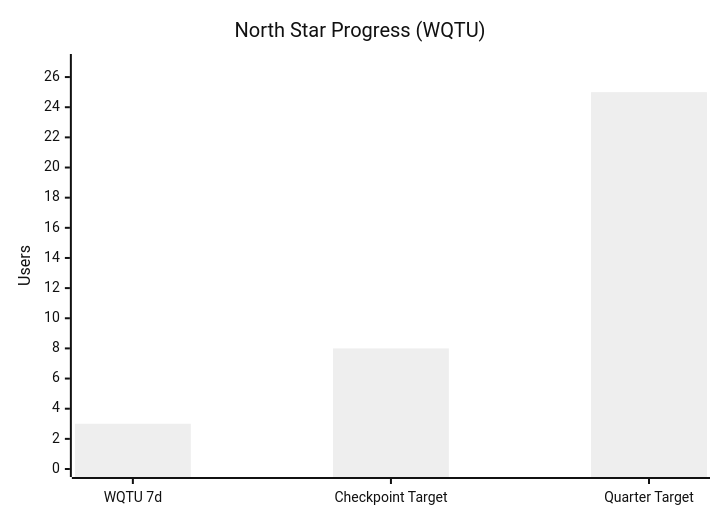
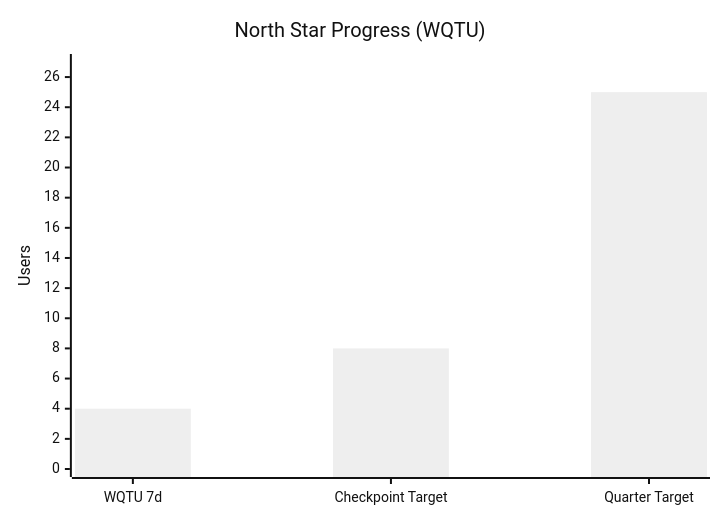
Before and after one commit to IgorGanapolsky/SuperPassword: the second of 4 diagrams in wiki/Paid-Acquisition.md, drawn with Mermaid (neutral theme). The commit also changed other lines of this file and 10 other files, not shown here.

````diff
--- a/wiki/Paid-Acquisition.md
+++ b/wiki/Paid-Acquisition.md
@@ -50,7 +50,7 @@
 ```mermaid
 xychart-beta
     title "North Star Progress (WQTU)"
     x-axis ["WQTU 7d" , "Checkpoint Target" , "Quarter Target"]
     y-axis "Users" 0 --> 27
-    bar [3 , 8 , 25]
+    bar [4 , 8 , 25]
 ```
````
